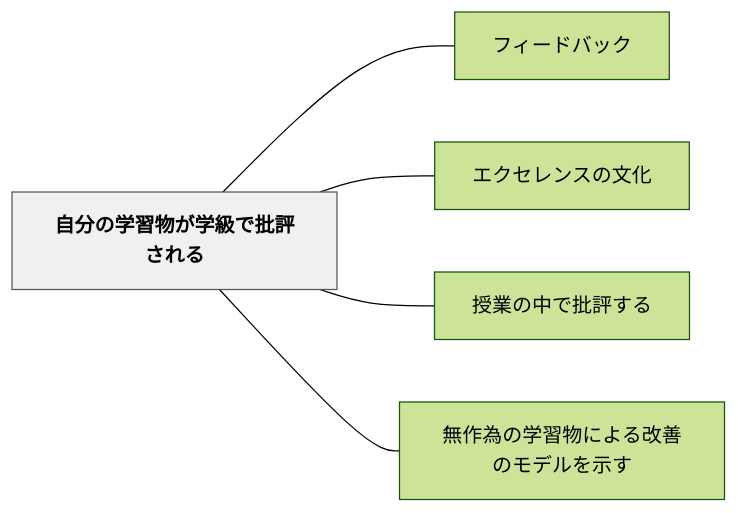
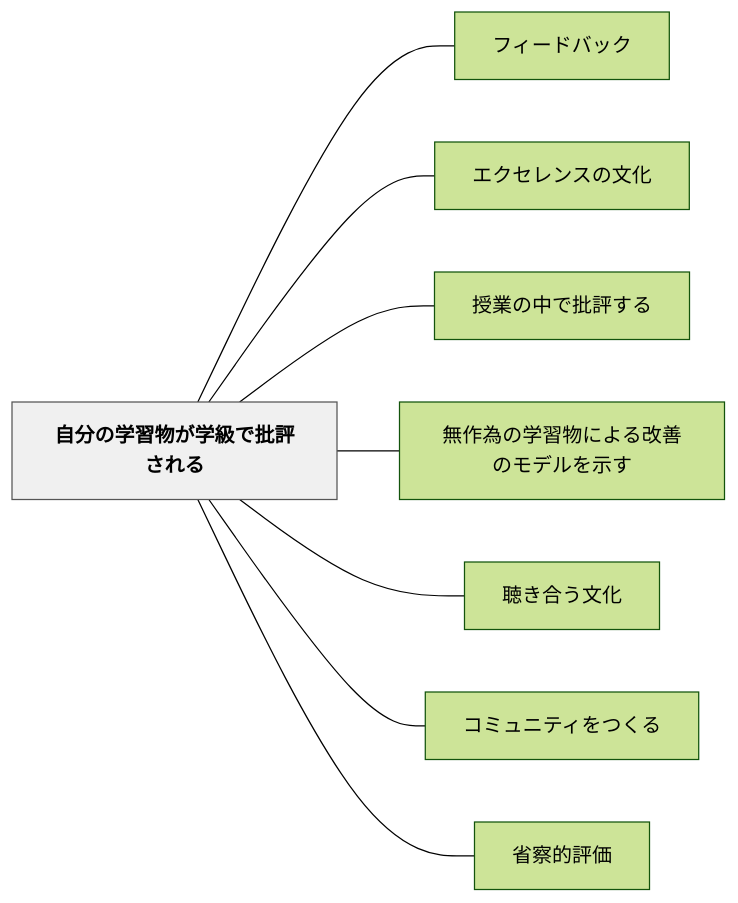
The diagram in content/パタン/自分の学習物が学級で批評される.md (unknownthings-ed-patterns/unknownthings-ed-patterns), drawn with Mermaid (forest theme) before and after one commit. The commit also changed other lines of this file and 71 other files, not shown here.

````diff
--- a/content/パタン/自分の学習物が学級で批評される.md
+++ b/content/パタン/自分の学習物が学級で批評される.md
@@ -52,16 +55,22 @@
 ```mermaid
 flowchart LR
     ne887aae58886e381aee5ada6e7bf92e789a9e3818ce5ada6e7b49ae381a7e689b9e8a995e38195e3828ce3828b["自分の学習物が学級で批評される"]
     ne38395e382a3e383bce38389e38390e38383e382af["フィードバック"]
     ne382a8e382afe382bbe383ace383b3e382b9e381aee69687e58c96["エクセレンスの文化"]
     ne68e88e6a5ade381aee4b8ade381a7e689b9e8a995e38199e3828b["授業の中で批評する"]
     ne784a1e4bd9ce782bae381aee5ada6e7bf92e789a9e381abe38288e3828be694b9e59684e381aee383a2e38387e383abe38292e7a4bae38199["無作為の学習物による改善のモデルを示す"]
+    ne881b4e3818de59088e38186e69687e58c96["聴き合う文化"]
+    ne382b3e3839fe383a5e3838be38386e382a3e38292e381a4e3818fe3828b["コミュニティをつくる"]
+    ne79c81e5af9fe79a84e8a995e4bea1["省察的評価"]
 
     ne887aae58886e381aee5ada6e7bf92e789a9e3818ce5ada6e7b49ae381a7e689b9e8a995e38195e3828ce3828b --- ne38395e382a3e383bce38389e38390e38383e382af
     ne887aae58886e381aee5ada6e7bf92e789a9e3818ce5ada6e7b49ae381a7e689b9e8a995e38195e3828ce3828b --- ne382a8e382afe382bbe383ace383b3e382b9e381aee69687e58c96
     ne887aae58886e381aee5ada6e7bf92e789a9e3818ce5ada6e7b49ae381a7e689b9e8a995e38195e3828ce3828b --- ne68e88e6a5ade381aee4b8ade381a7e689b9e8a995e38199e3828b
     ne887aae58886e381aee5ada6e7bf92e789a9e3818ce5ada6e7b49ae381a7e689b9e8a995e38195e3828ce3828b --- ne784a1e4bd9ce782bae381aee5ada6e7bf92e789a9e381abe38288e3828be694b9e59684e381aee383a2e38387e383abe38292e7a4bae38199
+    ne887aae58886e381aee5ada6e7bf92e789a9e3818ce5ada6e7b49ae381a7e689b9e8a995e38195e3828ce3828b --- ne881b4e3818de59088e38186e69687e58c96
+    ne887aae58886e381aee5ada6e7bf92e789a9e3818ce5ada6e7b49ae381a7e689b9e8a995e38195e3828ce3828b --- ne382b3e3839fe383a5e3838be38386e382a3e38292e381a4e3818fe3828b
+    ne887aae58886e381aee5ada6e7bf92e789a9e3818ce5ada6e7b49ae381a7e689b9e8a995e38195e3828ce3828b --- ne79c81e5af9fe79a84e8a995e4bea1
 
     classDef hub fill:#f0f0f0,stroke:#555,color:#000,font-weight:bold
     class ne887aae58886e381aee5ada6e7bf92e789a9e3818ce5ada6e7b49ae381a7e689b9e8a995e38195e3828ce3828b hub
 ```
````
